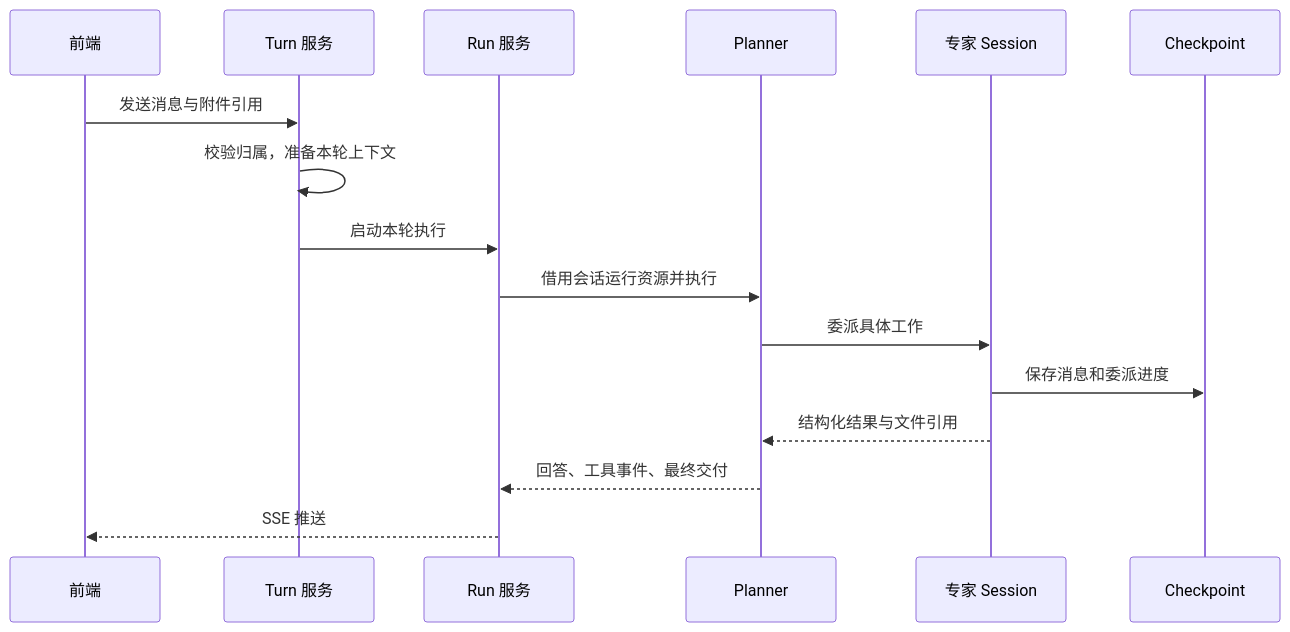
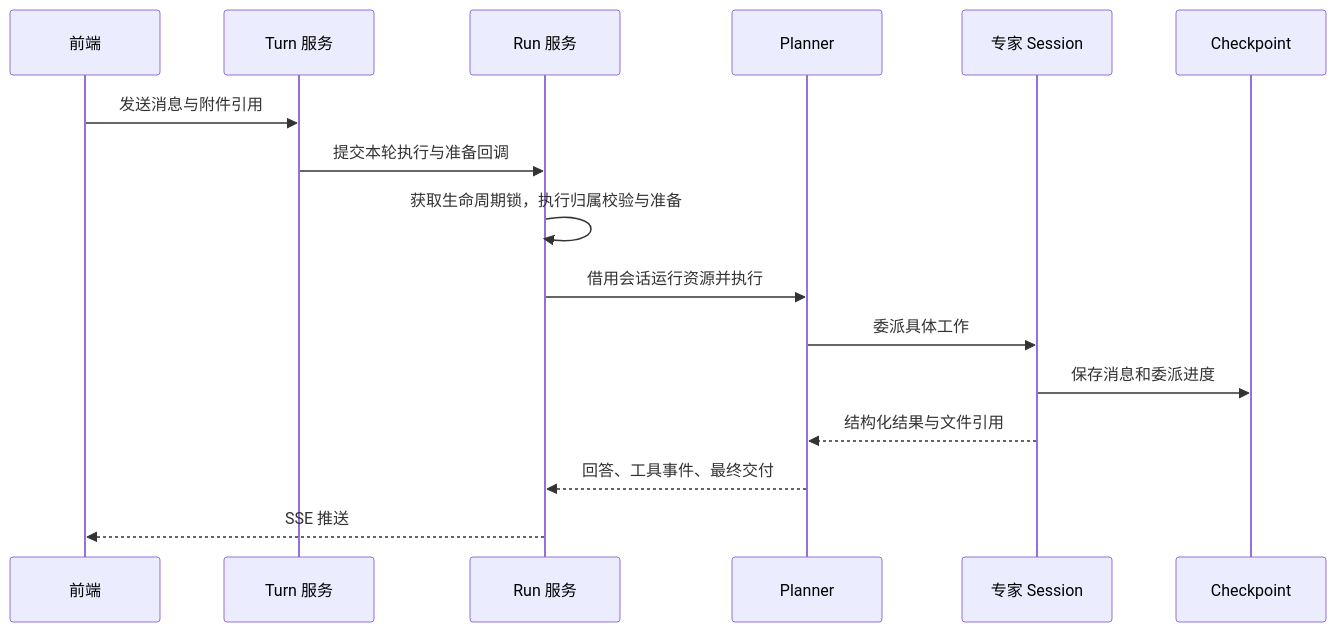
The second of 2 diagrams in docs/06_对话与多智能体协作.md (2739673455/dataagent), drawn with Mermaid before and after one commit. The commit also changed other lines of this file and 11 other files, not shown here.

````diff
--- a/docs/06_对话与多智能体协作.md
+++ b/docs/06_对话与多智能体协作.md
@@ -45,18 +75,18 @@
 ```mermaid
 sequenceDiagram
     participant UI as 前端
     participant Turn as Turn 服务
     participant Run as Run 服务
     participant Planner as Planner
     participant Expert as 专家 Session
     participant PG as Checkpoint
     UI->>Turn: 发送消息与附件引用
-    Turn->>Turn: 校验归属，准备本轮上下文
-    Turn->>Run: 启动本轮执行
+    Turn->>Run: 提交本轮执行与准备回调
+    Run->>Run: 获取生命周期锁，执行归属校验与准备
     Run->>Planner: 借用会话运行资源并执行
     Planner->>Expert: 委派具体工作
     Expert->>PG: 保存消息和委派进度
     Expert-->>Planner: 结构化结果与文件引用
     Planner-->>Run: 回答、工具事件、最终交付
     Run-->>UI: SSE 推送
 ```
````
